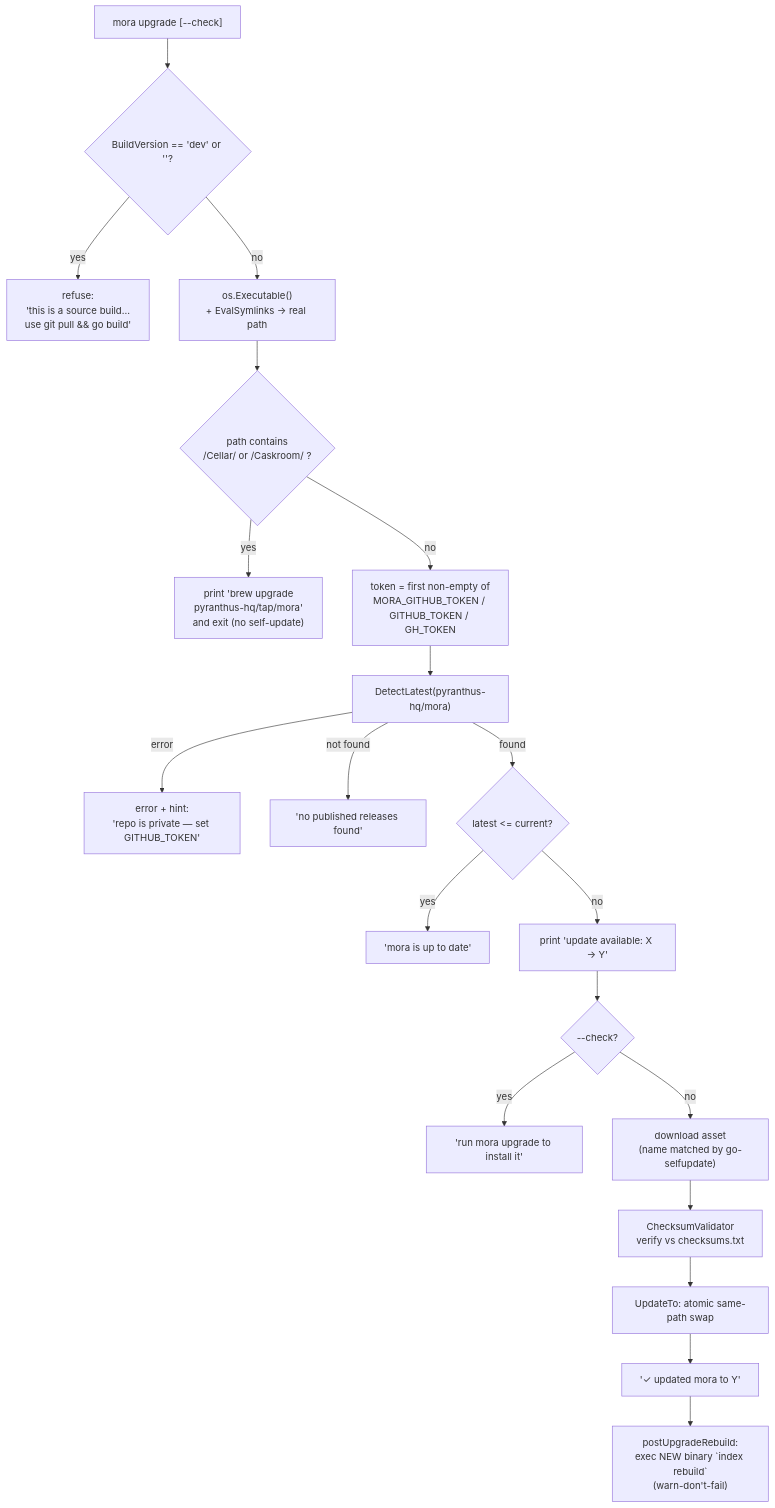
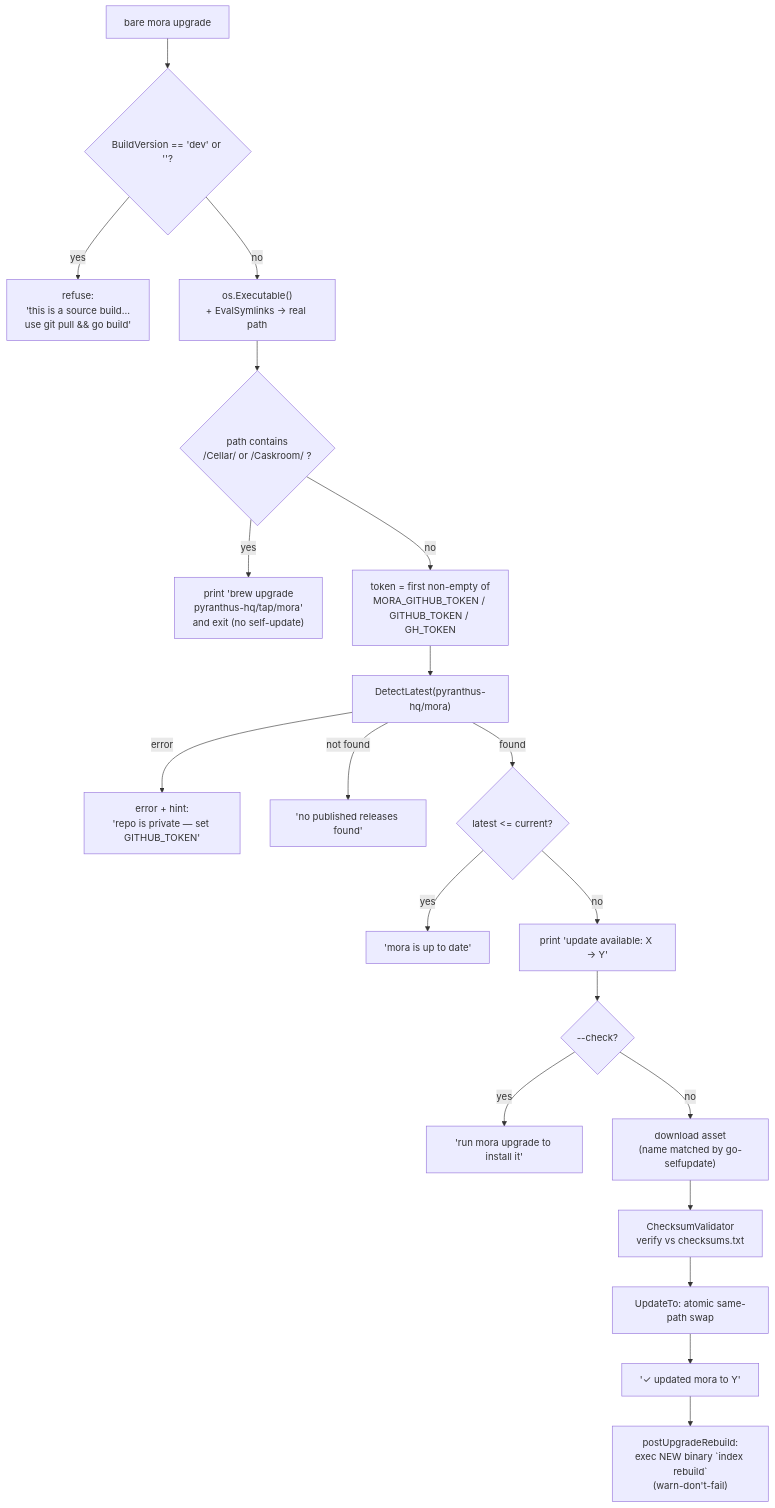
The second of 3 diagrams in docs/architecture/10-distribution-and-ops.md (pyranthus-hq/mora), drawn with Mermaid before and after one commit. The commit also changed other lines of this file and 9 other files, not shown here.

````diff
--- a/docs/architecture/10-distribution-and-ops.md
+++ b/docs/architecture/10-distribution-and-ops.md
@@ -107,22 +143,22 @@
 ```mermaid
 flowchart TD
-    start["mora upgrade [--check]"] --> dev{"BuildVersion == 'dev' or ''?"}
+    start["bare mora upgrade"] --> dev{"BuildVersion == 'dev' or ''?"}
     dev -- yes --> refuse["refuse:<br/>'this is a source build…<br/>use git pull && go build'"]
     dev -- no --> exe["os.Executable()<br/>+ EvalSymlinks → real path"]
     exe --> brew{"path contains<br/>/Cellar/ or /Caskroom/ ?"}
     brew -- yes --> brewmsg["print 'brew upgrade<br/>pyranthus-hq/tap/mora'<br/>and exit (no self-update)"]
     brew -- no --> token["token = first non-empty of<br/>MORA_GITHUB_TOKEN / GITHUB_TOKEN / GH_TOKEN"]
     token --> detect["DetectLatest(pyranthus-hq/mora)"]
     detect -- error --> hint["error + hint:<br/>'repo is private — set GITHUB_TOKEN'"]
     detect -- not found --> none["'no published releases found'"]
     detect -- found --> cmp{"latest <= current?"}
     cmp -- yes --> uptodate["'mora is up to date'"]
     cmp -- no --> avail["print 'update available: X → Y'"]
     avail --> checkonly{"--check?"}
     checkonly -- yes --> stop["'run mora upgrade to install it'"]
     checkonly -- no --> dl["download asset<br/>(name matched by go-selfupdate)"]
     dl --> validate["ChecksumValidator<br/>verify vs checksums.txt"]
     validate --> swap["UpdateTo: atomic same-path swap"]
     swap --> done["'✓ updated mora to Y'"]
     done --> reindex["postUpgradeRebuild:<br/>exec NEW binary `index rebuild`<br/>(warn-don't-fail)"]
 ```
````
